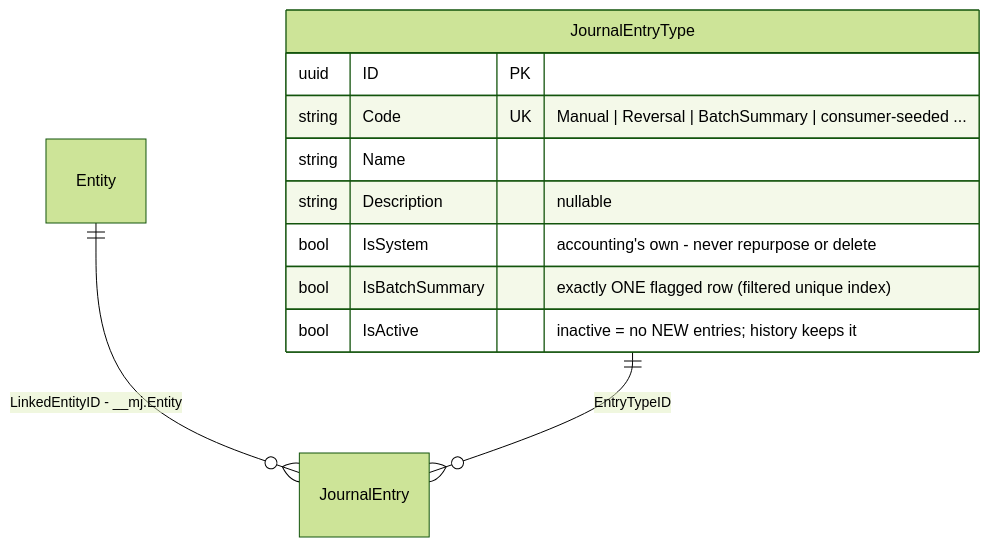
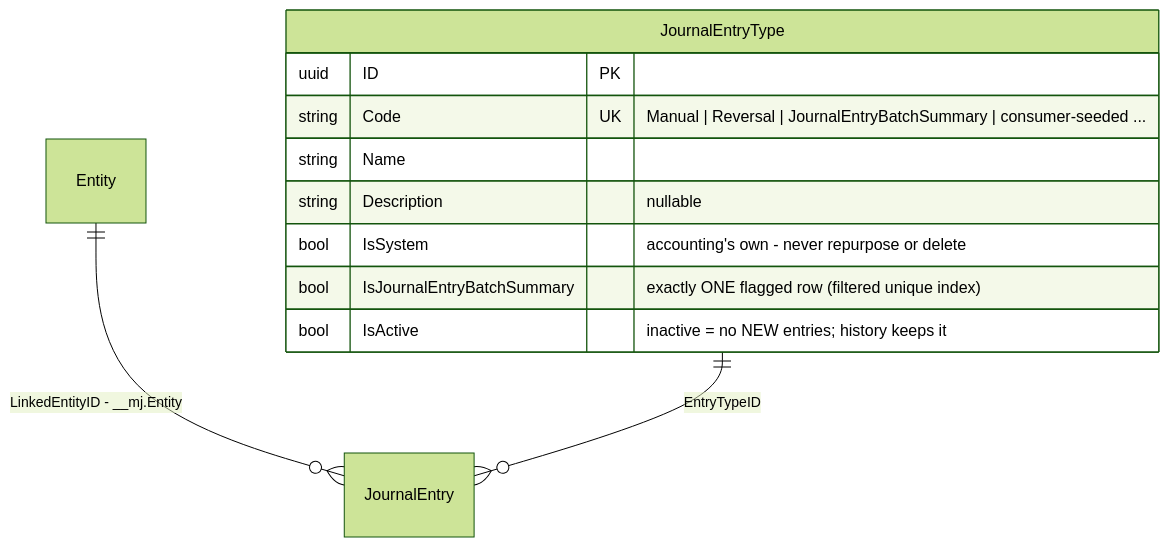
The seventh of 12 diagrams in docs/bizapps-accounting-erd.md (MemberJunction/bizapps-accounting), drawn with Mermaid (forest theme) before and after one commit. The commit also changed other lines of this file and 68 other files, not shown here.

First line of the commit message:
refactor: JournalEntryBatch naming — columns, DisplayNames, SQL objects, ops, files, classes (Amith ruling)

````diff
--- a/docs/bizapps-accounting-erd.md
+++ b/docs/bizapps-accounting-erd.md
@@ -641,15 +641,15 @@
 ```mermaid
 erDiagram
     Entity ||--o{ JournalEntry : "LinkedEntityID - __mj.Entity"
     JournalEntryType ||--o{ JournalEntry : "EntryTypeID"
 
     JournalEntryType {
         uuid ID PK
-        string Code UK "Manual | Reversal | BatchSummary | consumer-seeded ..."
+        string Code UK "Manual | Reversal | JournalEntryBatchSummary | consumer-seeded ..."
         string Name
         string Description "nullable"
         bool IsSystem "accounting's own - never repurpose or delete"
-        bool IsBatchSummary "exactly ONE flagged row (filtered unique index)"
+        bool IsJournalEntryBatchSummary "exactly ONE flagged row (filtered unique index)"
         bool IsActive "inactive = no NEW entries; history keeps it"
     }
 ```
````
